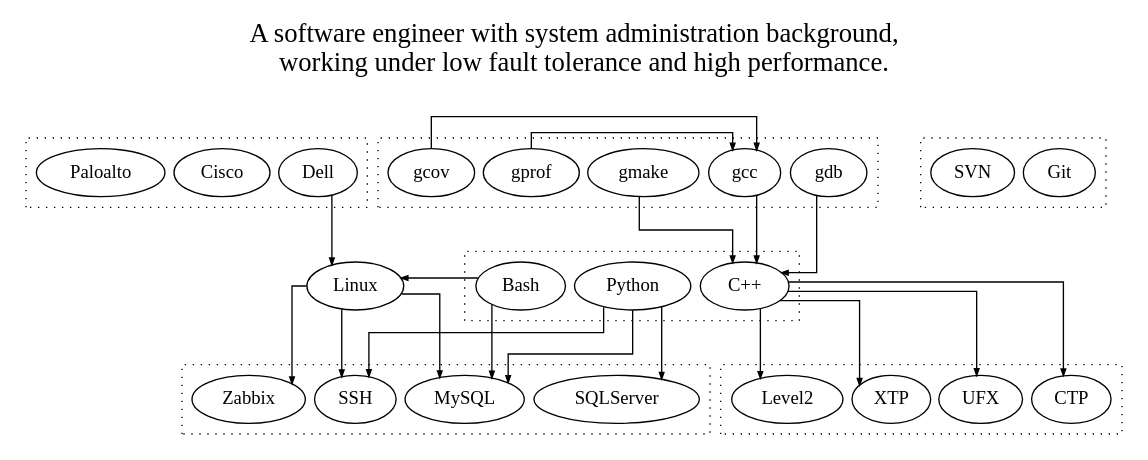
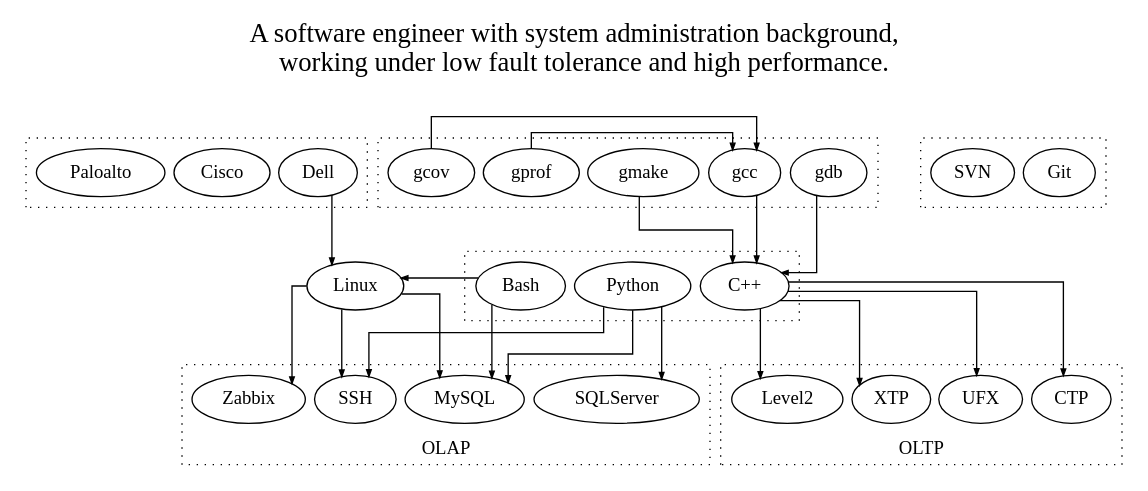
One commit to prayforwind/skillstack changed the diagram in skillstack.gv. Above: the diagram before and after it, drawn with Graphviz.

Commit message:
[new] OLXP

```diff
--- a/skillstack.gv
+++ b/skillstack.gv
@@ -1,51 +1,55 @@
 digraph ICT
 {
     graph[nodesep=0.1;
     splines=ortho;
     ranksep=0.68]
 
     "C++" -> {CTP, UFX, XTP, Level2} [arrowsize=0.5]
     Python -> {MySQL, SQLServer, SSH} [arrowsize=0.5]
     Bash -> Linux[constraint=false] [arrowsize=0.5]
     Bash -> MySQL [arrowsize=0.5]
     Linux -> {Zabbix, MySQL, SSH} [arrowsize=0.5]
     Dell -> Linux[constraint=false] [arrowsize=0.5]
 
     subgraph cluster_gnu {
         style=dotted
         gmake, gdb, gcc
         {gprof, gcov} -> gcc [constraint=false] [arrowsize=0.5]
     }
 
     {gcc, gmake, gdb} -> "C++" [arrowsize=0.5]
 
     subgraph cluster_app {
         style=dotted
+        label="OLTP"
+        labelloc=b
         CTP, UFX, XTP, Level2
     }
 
     subgraph cluster_cms {
         style=dotted
         Git, SVN
     }
 
     subgraph cluster_svc {
         style=dotted
+        label="OLAP"
+        labelloc=b
         MySQL, SQLServer, Zabbix, SSH
     }
 
     subgraph cluster_dvc {
         style=dotted
         Dell, Cisco, Paloalto
     }
 
     subgraph cluster_dev {
         style=dotted
         "C++", Python, Bash
     }
 
     label="A software engineer with system administration background, 
     working under low fault tolerance and high performance.\n\n"
     labelloc="t"
     fontsize=20
 }
```
